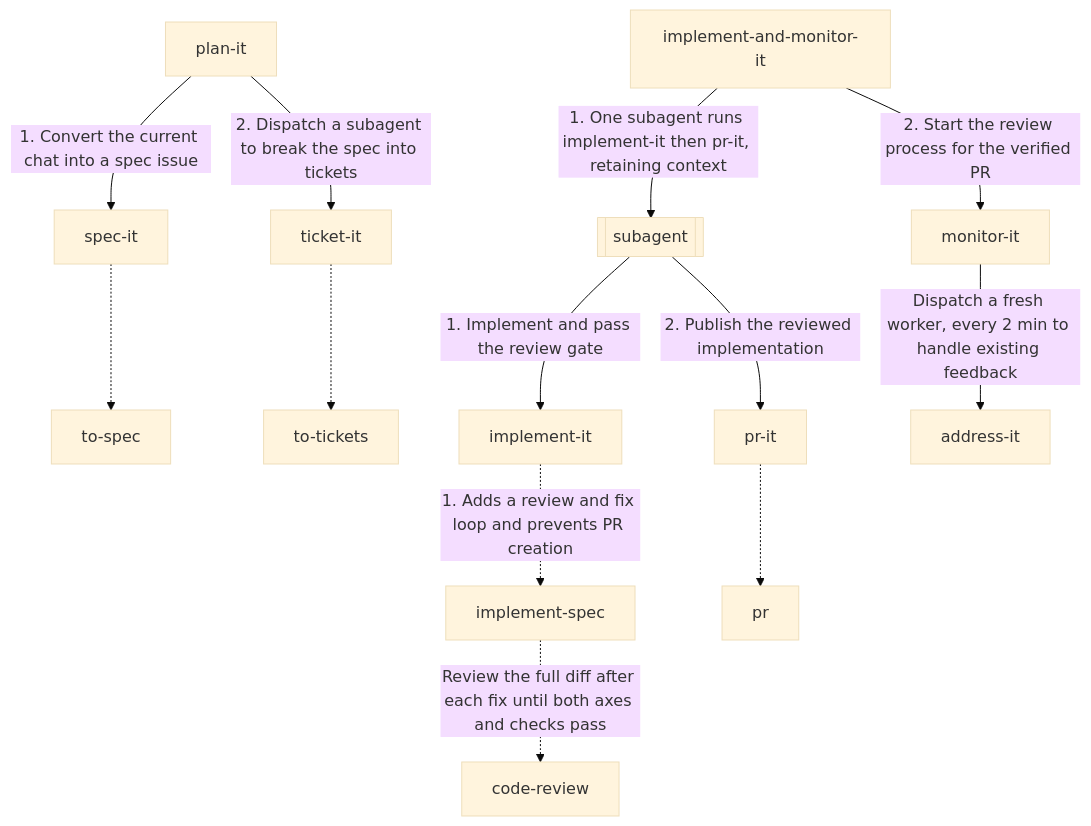
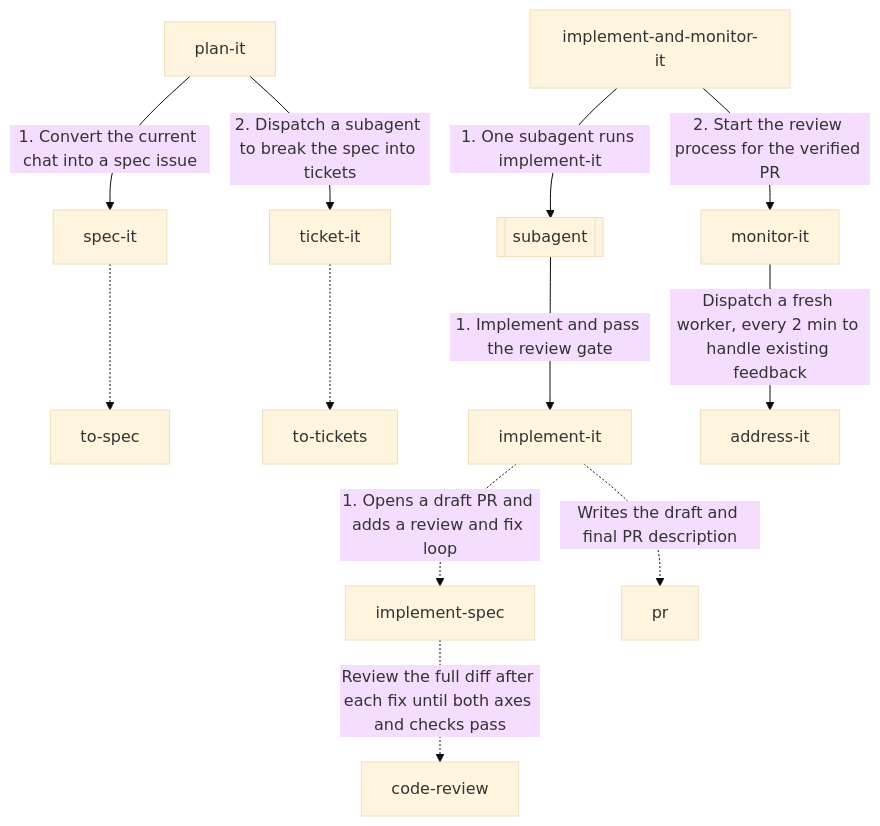
One commit to goncalvesjoao/ship-it changed the diagram in README.md. Above: the diagram before and after it, drawn with Mermaid (base theme). The commit also changed other lines of this file and 5 other files, not shown here.

````diff
--- a/README.md
+++ b/README.md
@@ -103,17 +101,16 @@
 ```mermaid
 flowchart TD
     planIt["plan-it"] -->|1. Convert the current chat into a spec issue| specIt
     planIt -->|2. Dispatch a subagent to break the spec into tickets| ticketIt
     specIt["spec-it"] -.-> toSpec["to-spec"]
     ticketIt["ticket-it"] -.-> toTickets["to-tickets"]
 
-    deliver["implement-and-monitor-it"] -->|1. One subagent runs implement-it then pr-it, retaining context| implementWorker[["subagent"]]
+    deliver["implement-and-monitor-it"] -->|1. One subagent runs implement-it| implementWorker[["subagent"]]
     implementWorker -->|1. Implement and pass the review gate| implementation["implement-it"]
-    implementWorker -->|2. Publish the reviewed implementation| prIt["pr-it"]
     deliver -->|2. Start the review process for the verified PR| monitor["monitor-it"]
 
-    implementation -.->|1. Adds a review and fix loop and prevents PR creation| implementSpec["implement-spec"]
+    implementation -.->|1. Opens a draft PR and adds a review and fix loop| implementSpec["implement-spec"]
     implementSpec -.->|Review the full diff after each fix until both axes and checks pass| codeReview["code-review"]
-    prIt -.-> pr["pr"]
+    implementation -.->|Writes the draft and final PR description| pr["pr"]
     monitor -->|Dispatch a fresh worker, every 2 min to handle existing feedback| address["address-it"]
 ```
````
